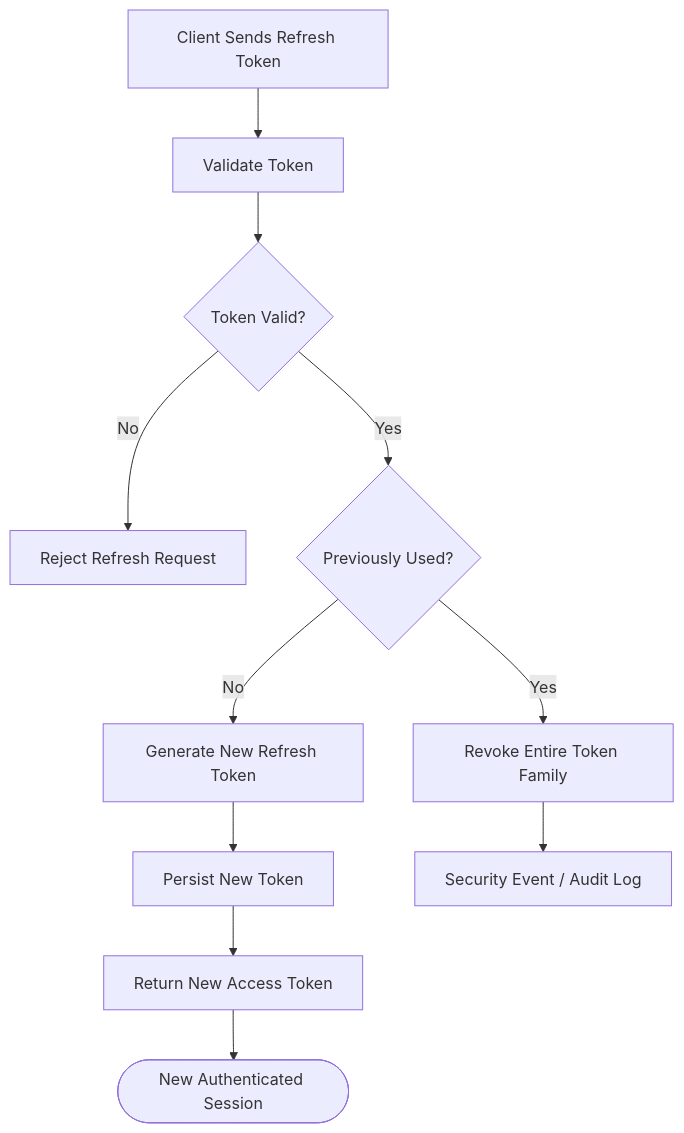
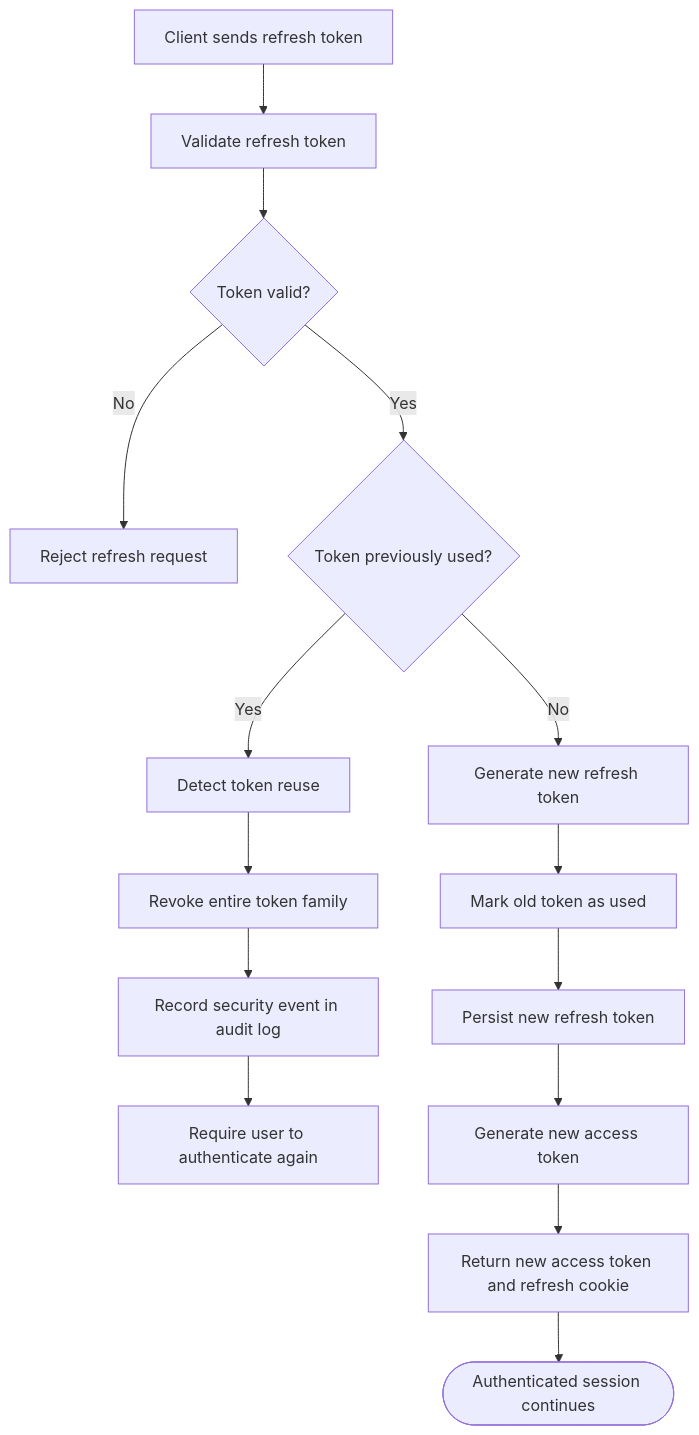
Before and after one commit to AnshCyberSec/nexus-arena: the sixth of 18 diagrams in README.md, drawn with Mermaid. The commit also changed other lines of this file, not shown here.

````diff
--- a/README.md
+++ b/README.md
@@ -200,21 +200,20 @@
 ```mermaid
 flowchart TD
-    A["Client Sends Refresh Token"]
-    B["Validate Token"]
-    C{"Token Valid?"}
+    A["Client sends refresh token"] --> B["Validate refresh token"]
+    B --> C{"Token valid?"}
 
-    A --> B
-    B --> C
+    C -->|No| D["Reject refresh request"]
+    C -->|Yes| E{"Token previously used?"}
 
-    C -->|No| DENY["Reject Refresh Request"]
-    C -->|Yes| CHECK{"Previously Used?"}
+    E -->|Yes| F["Detect token reuse"]
+    F --> G["Revoke entire token family"]
+    G --> H["Record security event in audit log"]
+    H --> I["Require user to authenticate again"]
 
-    CHECK -->|Yes| REVOKE["Revoke Entire Token Family"]
-    CHECK -->|No| ROTATE["Generate New Refresh Token"]
-
-    ROTATE --> SAVE["Persist New Token"]
-    SAVE --> RESPONSE["Return New Access Token"]
-    RESPONSE --> END(["New Authenticated Session"])
-
-    REVOKE --> ALERT["Security Event / Audit Log"]
+    E -->|No| J["Generate new refresh token"]
+    J --> K["Mark old token as used"]
+    K --> L["Persist new refresh token"]
+    L --> M["Generate new access token"]
+    M --> N["Return new access token and refresh cookie"]
+    N --> O(["Authenticated session continues"])
 ```
````
